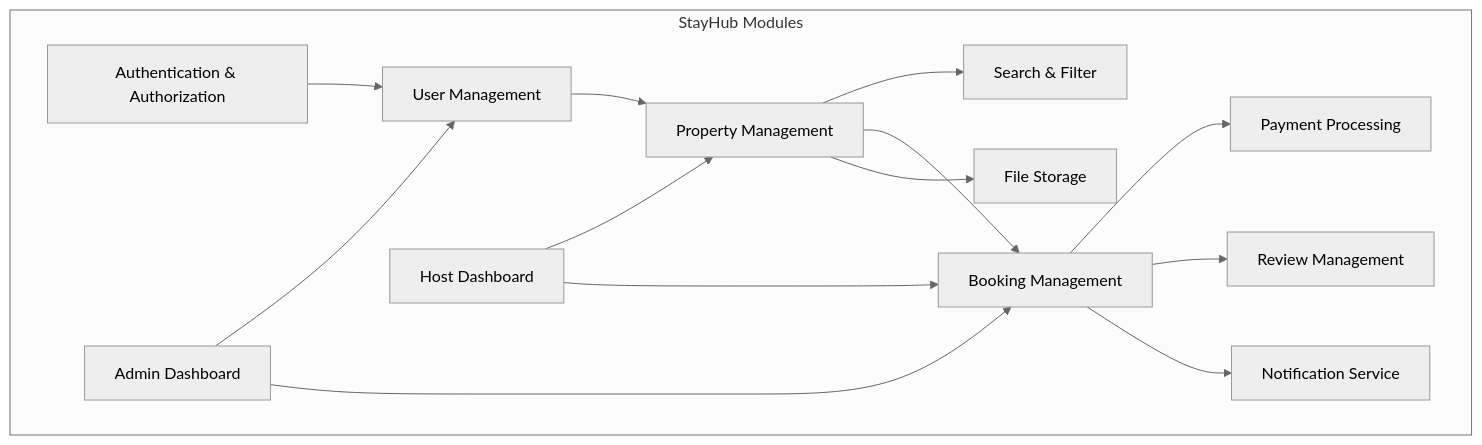
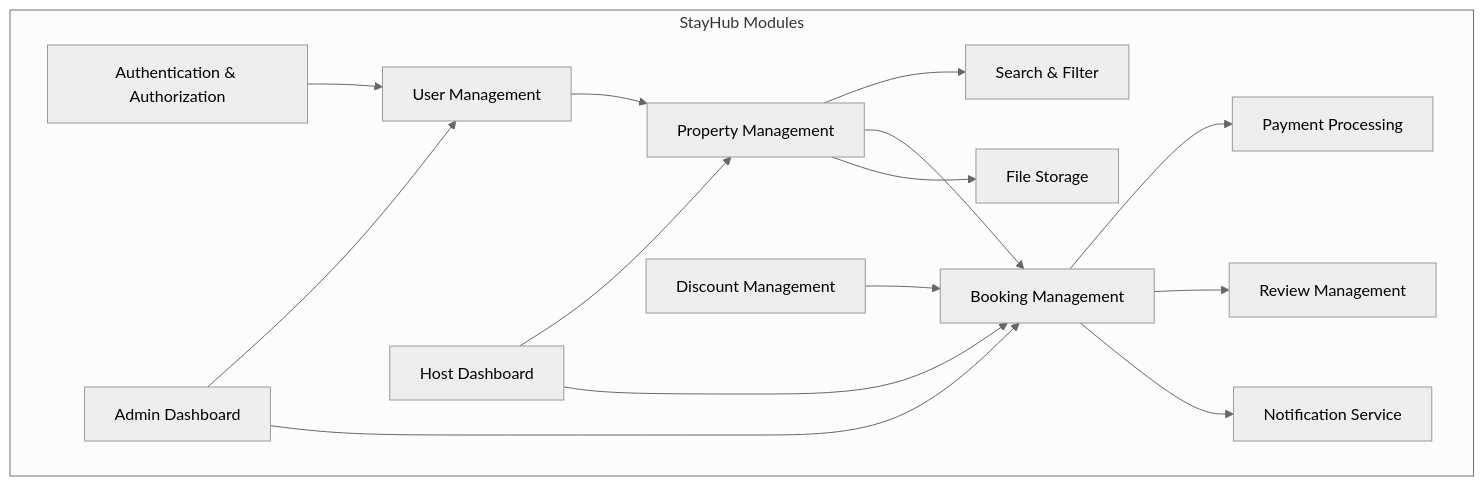
One commit to apase95/StayHub changed the third of 3 diagrams in docs/architecture/1_SystemOverview.md. Above: the diagram before and after it, drawn with Mermaid (neutral theme). The commit also changed other lines of this file and 13 other files, not shown here.

````diff
--- a/docs/architecture/1_SystemOverview.md
+++ b/docs/architecture/1_SystemOverview.md
@@ -92,29 +98,31 @@
 ```mermaid
 flowchart TB
     subgraph "StayHub Modules"
         Auth[Authentication & Authorization]
         User[User Management]
         Property[Property Management]
         Search[Search & Filter]
         Booking[Booking Management]
         Payment[Payment Processing]
+        Discount[Discount Management]
         Review[Review Management]
         Host[Host Dashboard]
         Admin[Admin Dashboard]
         Notification[Notification Service]
         Storage[File Storage]
     end
 
     Auth --> User
     User --> Property
     Property --> Search
     Property --> Booking
+    Discount --> Booking
     Booking --> Payment
     Booking --> Review
     Booking --> Notification
     Host --> Property
     Host --> Booking
     Admin --> User
     Admin --> Booking
     Property --> Storage
 ```
````
